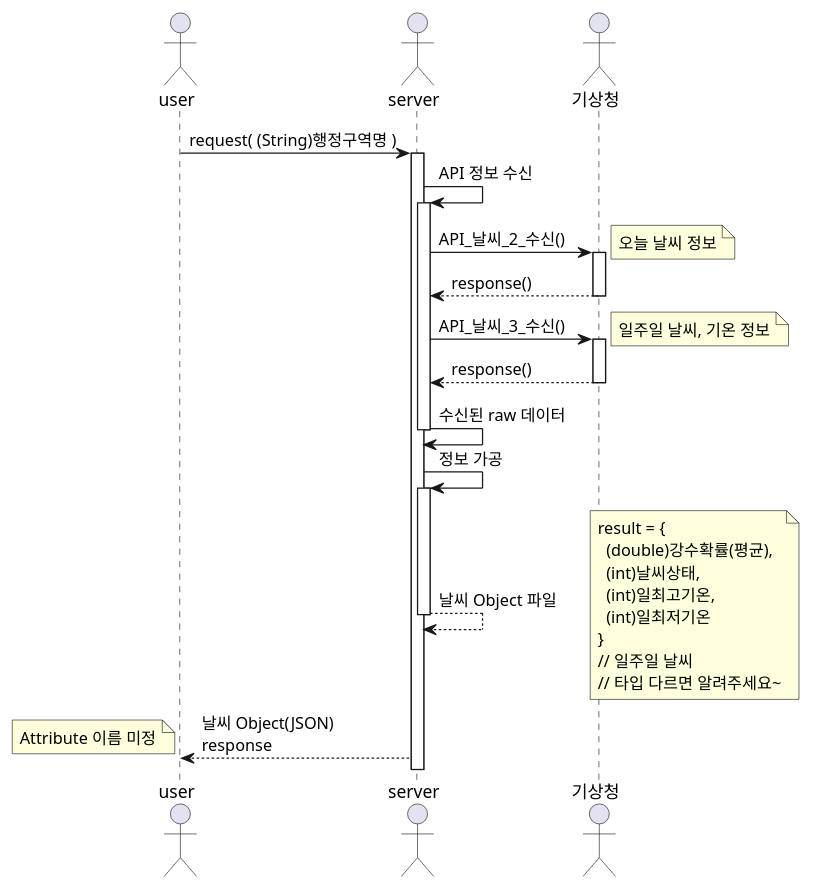
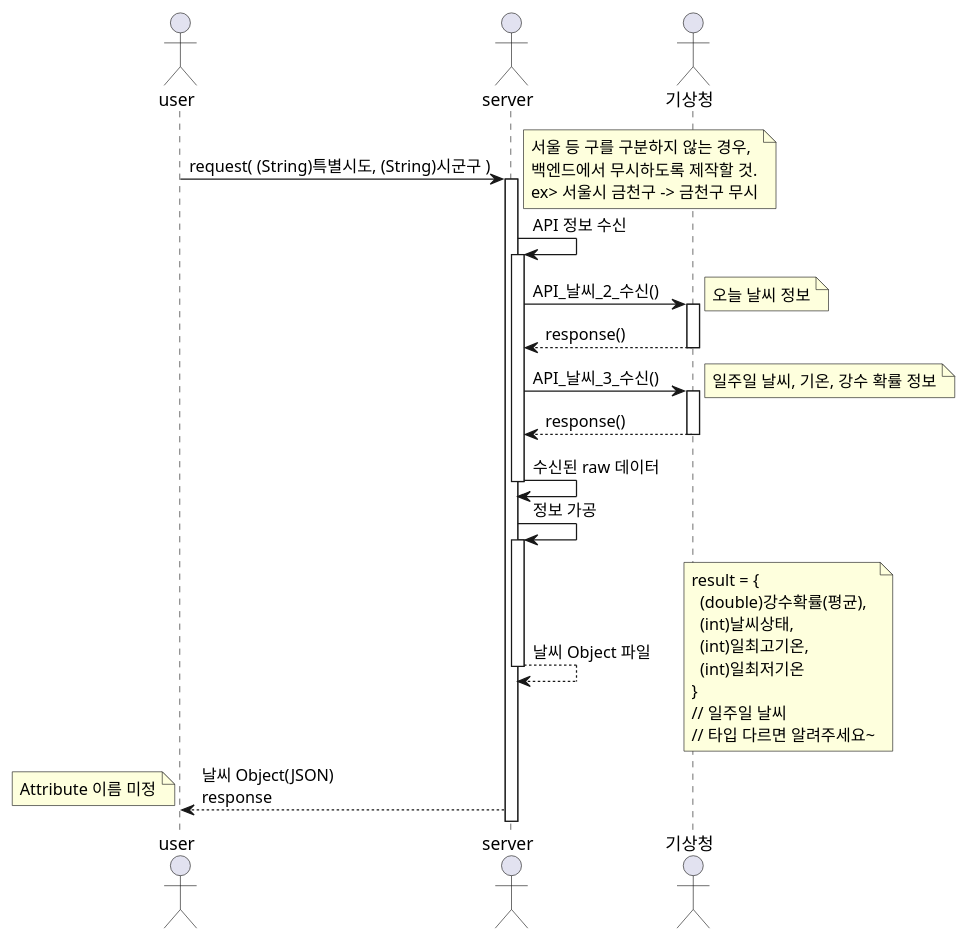
Before and after one commit to Team-Kelly/Requirements: the diagram in uml/seq_weather_week_realtime.puml, drawn with PlantUML. The commit also changed 1 other file, not shown here.

Commit message:
[TKLY-142] 일주일 날씨 수정

```diff
--- a/uml/seq_weather_week_realtime.puml
+++ b/uml/seq_weather_week_realtime.puml
@@ -1,39 +1,40 @@
-@startuml weather_week_realtime
+@startuml seq_weather_week_realtime
 
 actor user
 actor server
 actor weather as "기상청"
 
-user -> server : request( (String)행정구역명 )
+user -> server : request( (String)특별시도, (String)시군구 )
+note right: 서울 등 구를 구분하지 않는 경우,\n백엔드에서 무시하도록 제작할 것.\nex> 서울시 금천구 -> 금천구 무시
 activate server
 
 
 server -> server : API 정보 수신
 activate server
 server -> weather : API_날씨_2_수신()
 note right: 오늘 날씨 정보
 activate weather
 weather --> server : response()
 deactivate weather
 
 server -> weather : API_날씨_3_수신()
-note right: 일주일 날씨, 기온 정보
+note right: 일주일 날씨, 기온, 강수 확률 정보
 activate weather
 weather --> server : response()
 deactivate weather
 server -> server : 수신된 raw 데이터
 deactivate server
 
 server -> server : 정보 가공
 
 activate server
 
 
 server --> server : 날씨 Object 파일
 note right : result = {\n  (double)강수확률(평균),\n  (int)날씨상태,\n  (int)일최고기온,\n  (int)일최저기온\n}\n// 일주일 날씨\n// 타입 다르면 알려주세요~
 deactivate server
 
 server --> user : 날씨 Object(JSON)\nresponse
 note left : Attribute 이름 미정
 
 @enduml
```
